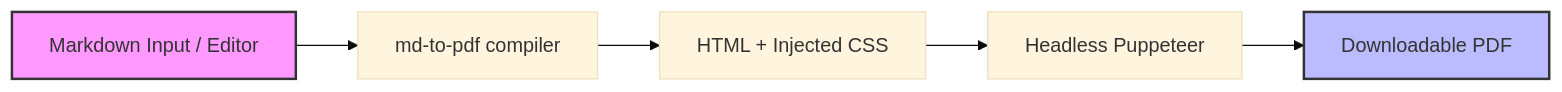
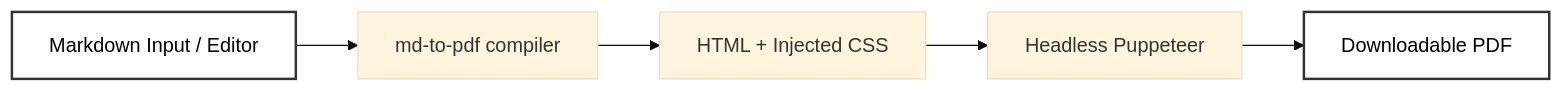
The second of 5 diagrams in README.md (AnkitDTUSE/PDFphile), drawn with Mermaid (base theme) before and after one commit. The commit also changed other lines of this file, not shown here.

````diff
--- a/README.md
+++ b/README.md
@@ -88,9 +88,9 @@
 ```mermaid
 graph LR
     MD[Markdown Input / Editor] --> Parser[md-to-pdf compiler]
     Parser --> HTML[HTML + Injected CSS]
     HTML --> Chrome[Headless Puppeteer]
     Chrome --> PDF[Downloadable PDF]
-    style MD fill:#f9f,stroke:#333,stroke-width:2px
-    style PDF fill:#bbf,stroke:#333,stroke-width:2px
+    style MD fill:#fff,stroke:#333,stroke-width:2px,color:#000
+    style PDF fill:#fff,stroke:#333,stroke-width:2px,color:#000
 ```
````
